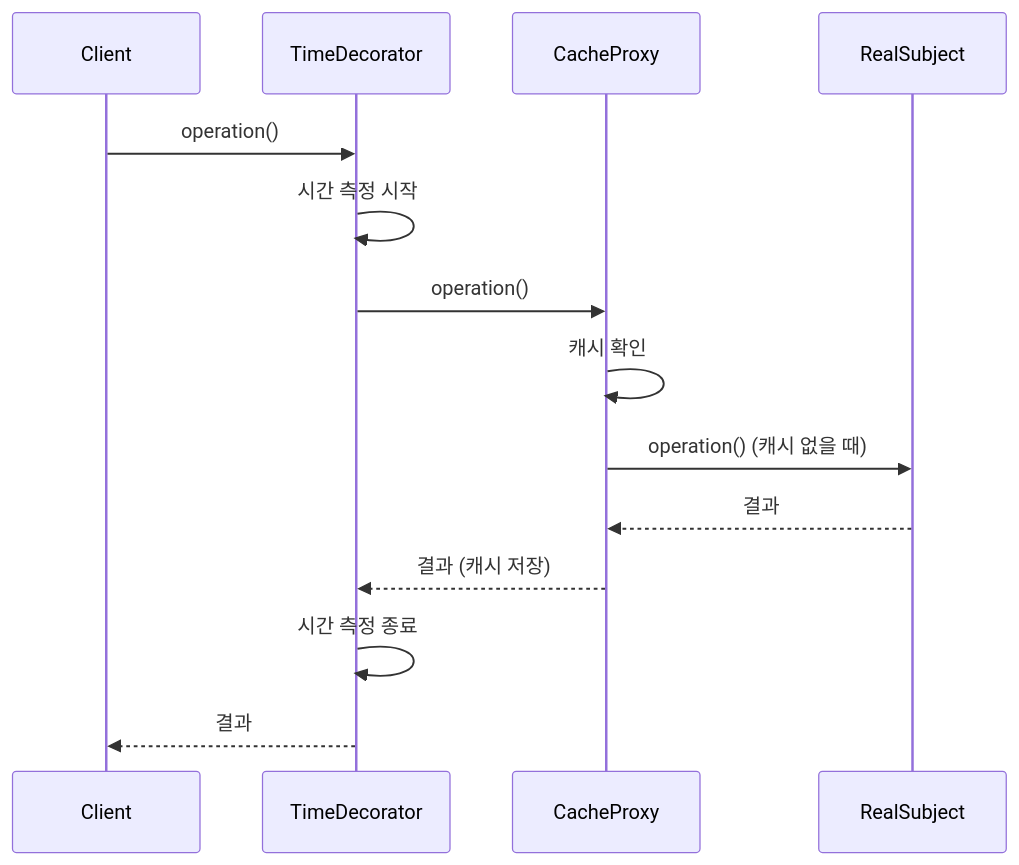
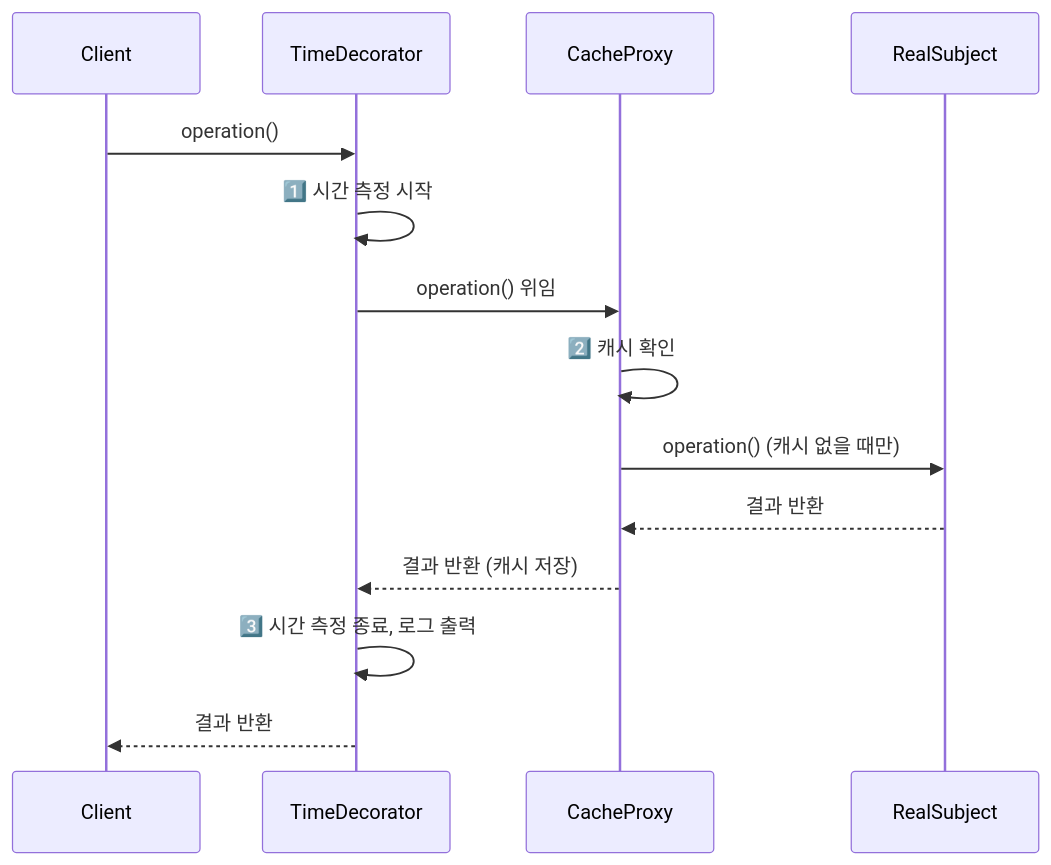
One commit to yjkim2015/yjkim2015.github.io changed the fourth of 13 diagrams in _posts/spring/2026-05-02-spring-core-advanced.md. Above: the diagram before and after it, drawn with Mermaid. The commit also changed other lines of this file and 32 other files, not shown here.

````diff
--- a/_posts/spring/2026-05-02-spring-core-advanced.md
+++ b/_posts/spring/2026-05-02-spring-core-advanced.md
@@ -153,17 +159,17 @@
 ```mermaid
 sequenceDiagram
     participant C as Client
     participant T as TimeDecorator
-    participant CacheP as CacheProxy
+    participant CP as CacheProxy
     participant R as RealSubject
 
     C->>T: operation()
-    T->>T: 시간 측정 시작
-    T->>CacheP: operation()
-    CacheP->>CacheP: 캐시 확인
-    CacheP->>R: operation() (캐시 없을 때)
-    R-->>CacheP: 결과
-    CacheP-->>T: 결과 (캐시 저장)
-    T->>T: 시간 측정 종료
-    T-->>C: 결과
+    T->>T: 1️⃣ 시간 측정 시작
+    T->>CP: operation() 위임
+    CP->>CP: 2️⃣ 캐시 확인
+    CP->>R: operation() (캐시 없을 때만)
+    R-->>CP: 결과 반환
+    CP-->>T: 결과 반환 (캐시 저장)
+    T->>T: 3️⃣ 시간 측정 종료, 로그 출력
+    T-->>C: 결과 반환
 ```
````
